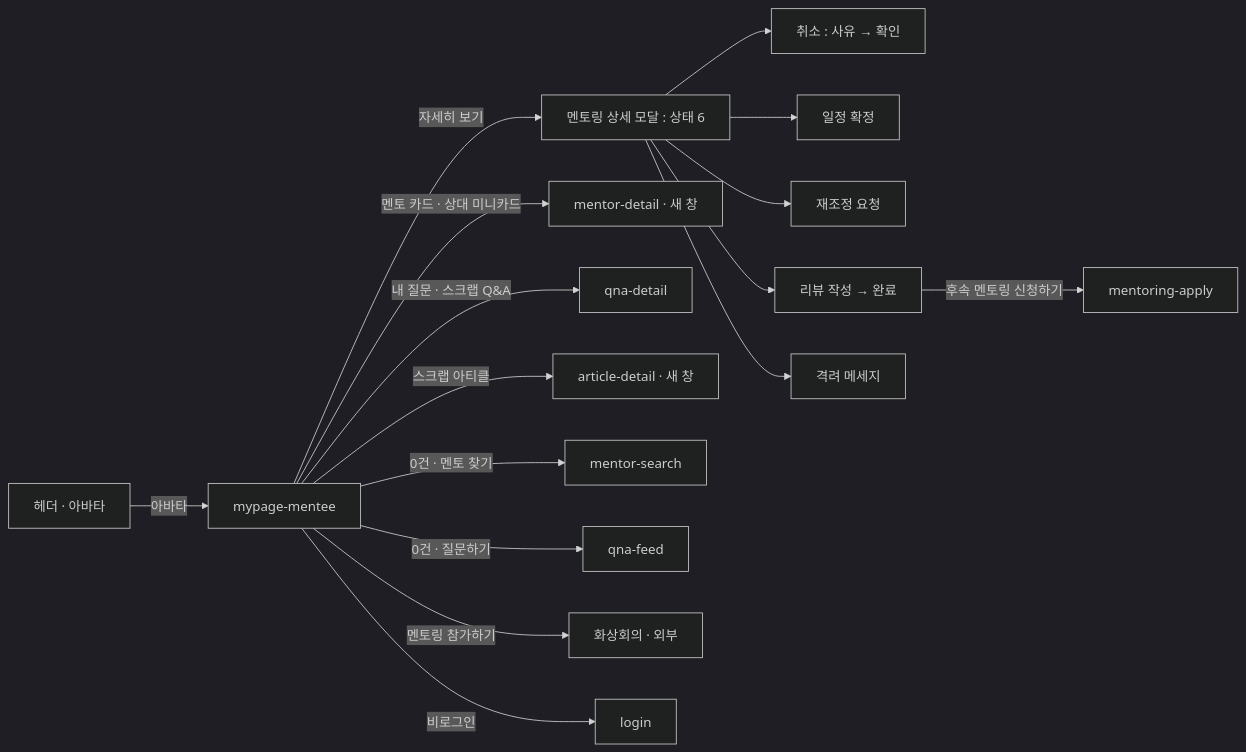
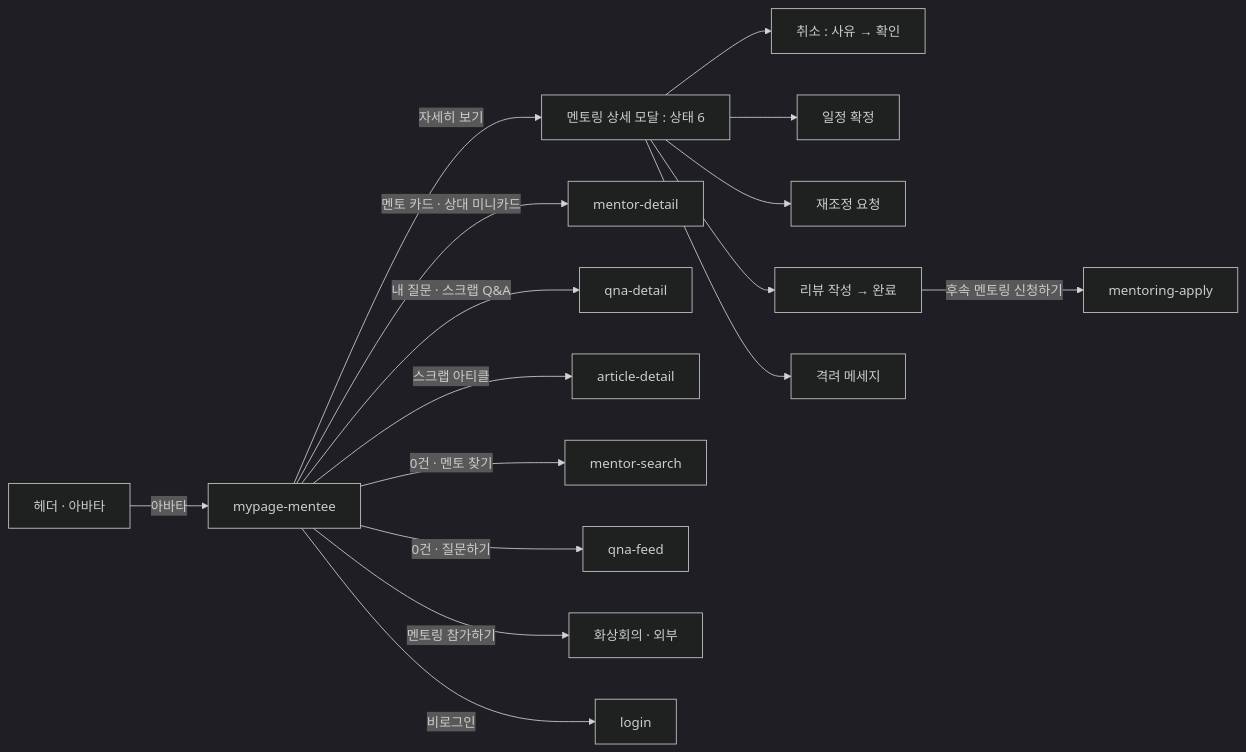
Before and after one commit to jisoo-y-mentree/mentree2-pd-fe: the diagram in design/screens/mypage-mentee/UI-SPEC.md, drawn with Mermaid (dark theme). The commit also changed other lines of this file and 8 other files, not shown here.

````diff
--- a/design/screens/mypage-mentee/UI-SPEC.md
+++ b/design/screens/mypage-mentee/UI-SPEC.md
@@ -279,35 +285,35 @@
 ```mermaid
 flowchart LR
   hdr["헤더 · 아바타"]
   mp["mypage-mentee"]
   det["멘토링 상세 모달 : 상태 6"]
   cancel["취소 : 사유 → 확인"]
   fix["일정 확정"]
   resch["재조정 요청"]
   review["리뷰 작성 → 완료"]
   cheer["격려 메세지"]
-  md["mentor-detail · 새 창"]
+  md["mentor-detail"]
   qd["qna-detail"]
-  ad["article-detail · 새 창"]
+  ad["article-detail"]
   ap["mentoring-apply"]
   ms["mentor-search"]
   qf["qna-feed"]
   meet["화상회의 · 외부"]
   login["login"]
 
   hdr -->|"아바타"| mp
   mp -->|"자세히 보기"| det
   det --> cancel
   det --> fix
   det --> resch
   det --> review
   det --> cheer
   review -->|"후속 멘토링 신청하기"| ap
   mp -->|"멘토링 참가하기"| meet
   mp -->|"멘토 카드 · 상대 미니카드"| md
   mp -->|"내 질문 · 스크랩 Q&A"| qd
   mp -->|"스크랩 아티클"| ad
   mp -->|"0건 · 멘토 찾기"| ms
   mp -->|"0건 · 질문하기"| qf
   mp -->|"비로그인"| login
 ```
````
